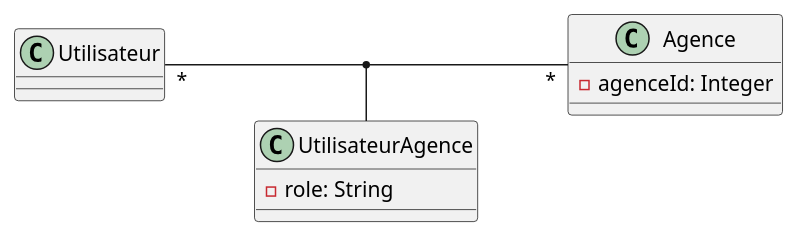
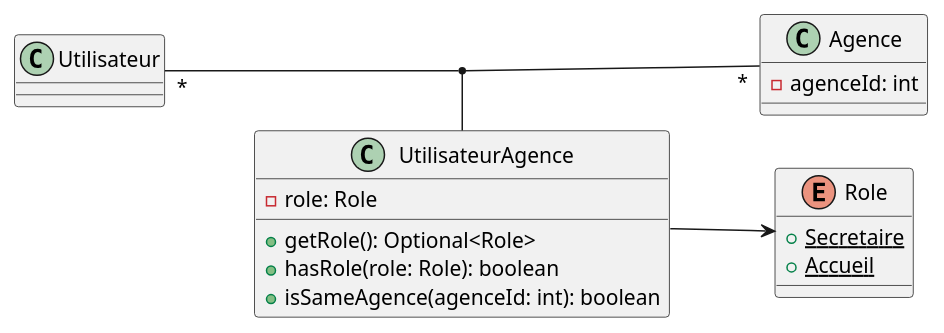
One commit to CodingCare/wtf-1 changed the diagram in class_diagram.puml. Above: the diagram before and after it, drawn with PlantUML.

Commit message:
maj diagram

```diff
--- a/class_diagram.puml
+++ b/class_diagram.puml
@@ -1,15 +1,24 @@
 @startuml
 left to right direction
 class Utilisateur {
 
 }
 class Agence {
-  -agenceId: Integer
+  -agenceId: int
 }
 Utilisateur "*" -- "*" Agence
 
+enum Role {
+  {static} +Secretaire
+  {static} +Accueil
+}
+
 class UtilisateurAgence {
-- role: String
+- role: Role
++ getRole(): Optional<Role>
++ hasRole(role: Role): boolean
++ isSameAgence(agenceId: int): boolean
 }
 (Utilisateur,Agence) -- UtilisateurAgence
+UtilisateurAgence --> Role
 @enduml
```
